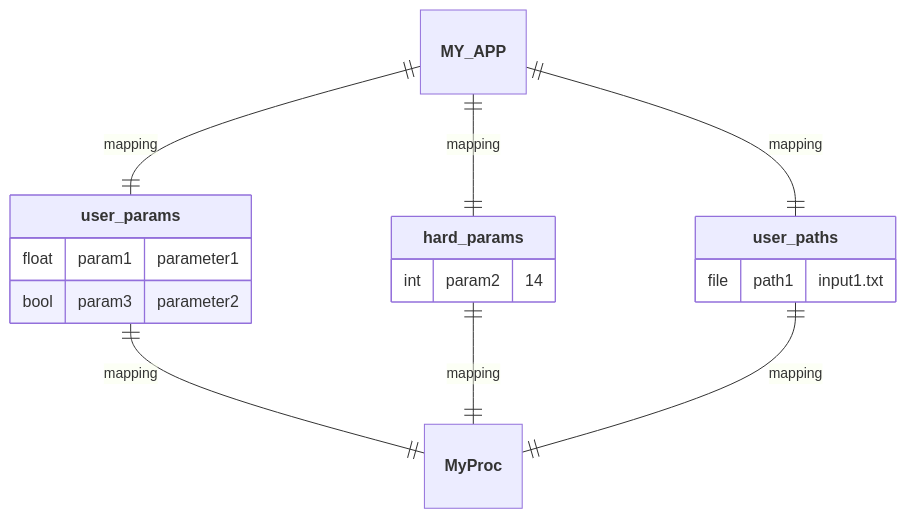
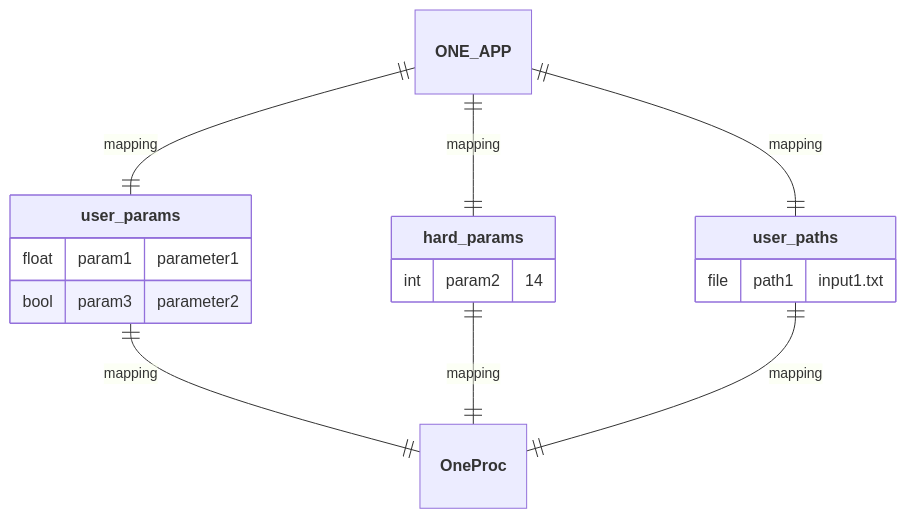
Before and after one commit to nuremics/nuremics: the eighth of 17 diagrams in README.md, drawn with Mermaid. The commit also changed other lines of this file, not shown here.

````diff
--- a/README.md
+++ b/README.md
@@ -231,20 +231,20 @@
 ```mermaid
 erDiagram
-  **MY_APP** ||--|| **user_params** : mapping
-  **MY_APP** ||--|| **hard_params** : mapping
-  **MY_APP** ||--|| **user_paths** : mapping
-  **user_params** ||--|| **MyProc** : mapping
-  **hard_params** ||--|| **MyProc** : mapping
-  **user_paths** ||--|| **MyProc** : mapping
+  **ONE_APP** ||--|| **user_params** : mapping
+  **ONE_APP** ||--|| **hard_params** : mapping
+  **ONE_APP** ||--|| **user_paths** : mapping
+  **user_params** ||--|| **OneProc** : mapping
+  **hard_params** ||--|| **OneProc** : mapping
+  **user_paths** ||--|| **OneProc** : mapping
 
   **user_params** {
     float param1 "parameter1"
     bool param3 "parameter2"
   }
   **hard_params** {
     int param2 "14"
   }
   **user_paths** {
     file path1 "input1.txt"
   }
 ```
````
